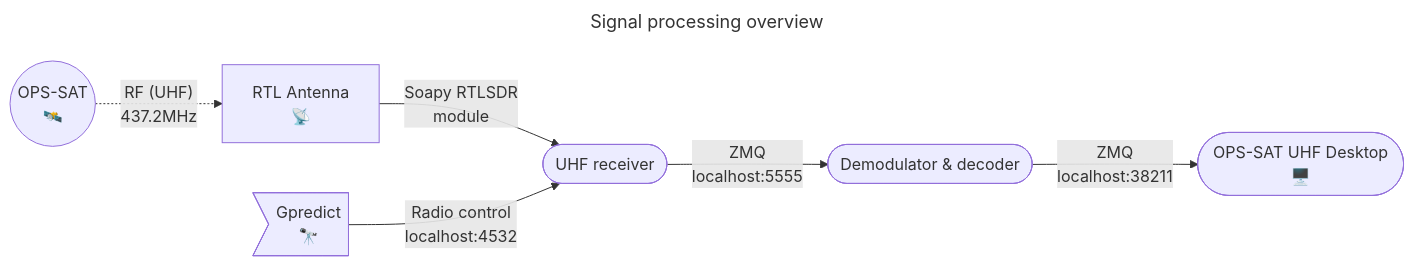
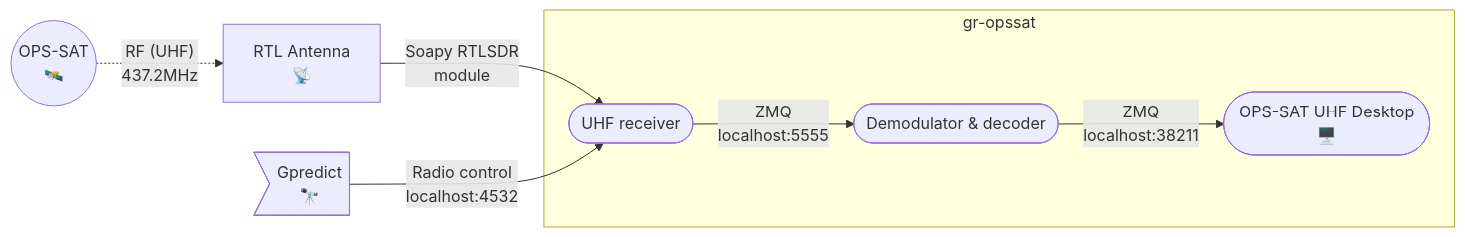
The diagram in README.md (MathieuHd/gr-opssat), drawn with Mermaid before and after one commit. The commit also changed other lines of this file and 2 other files, not shown here.

````diff
--- a/README.md
+++ b/README.md
@@ -82,19 +82,17 @@
 ```mermaid
----
-title: Signal processing overview
----
 flowchart LR
   opssat(("OPS-SAT<br/>🛰️"))
   rtl_hw["RTL Antenna<br/>📡"]
   gpredict>"Gpredict<br/>🔭"]
   uhf_rx(["UHF receiver"])
   demod_decode(["Demodulator & decoder"])
   tm_view(["OPS-SAT UHF Desktop<br/>🖥️"])
   
   opssat -.->|"RF (UHF)<br/>437.2MHz"| rtl_hw
   rtl_hw -->|Soapy RTLSDR<br/>module| uhf_rx 
   gpredict -->|Radio control<br/>localhost:4532| uhf_rx
-  uhf_rx -->| ZMQ<br/>localhost:5555 | demod_decode 
-  demod_decode -->|ZMQ<br/>localhost:38211| tm_view
-
+  subgraph gr-opssat
+    uhf_rx -->| ZMQ<br/>localhost:5555 | demod_decode 
+    demod_decode -->|ZMQ<br/>localhost:38211| tm_view
+  end
 ```
````
